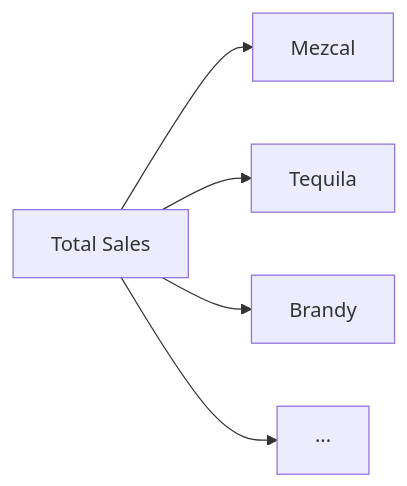
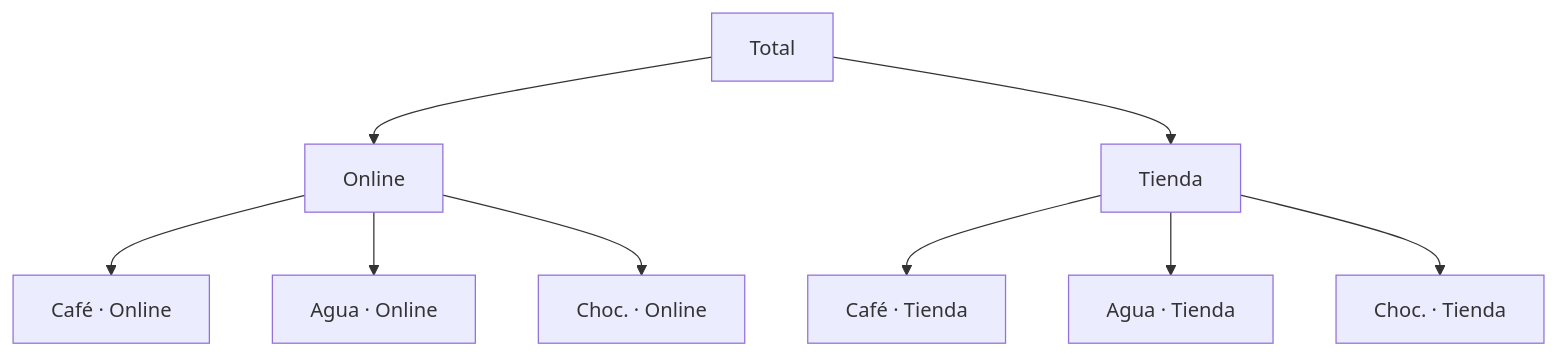
The third of 8 diagrams in docs/modules/module_4/04_hierarchical/hierarchical.qmd (pbenavidesh/narsil), drawn with Mermaid before and after one commit. The commit also changed other lines of this file and 63 other files, not shown here.

Commit message:
Rebuild hierarchical reconciliation section around toy example; add CV, weight-on-total figure, backup matrix slides

````diff
--- a/docs/modules/module_4/04_hierarchical/hierarchical.qmd
+++ b/docs/modules/module_4/04_hierarchical/hierarchical.qmd
@@ -136,13 +252,22 @@
 ```{mermaid}
-graph LR
-    T["Total Sales"]
-    M["Mezcal"]
-    TQ["Tequila"]
-    B["Brandy"]
-    E["···"]
+%%| echo: false
+graph TD
+    T["Total"]
+    ON["Online"]
+    TI["Tienda"]
+    CAO["Café · Online"]
+    AGO["Agua · Online"]
+    CHO["Choc. · Online"]
+    CAT["Café · Tienda"]
+    AGT["Agua · Tienda"]
+    CHT["Choc. · Tienda"]
 
-    T --> M
-    T --> TQ
-    T --> B
-    T --> E
+    T --> ON
+    T --> TI
+    ON --> CAO
+    ON --> AGO
+    ON --> CHO
+    TI --> CAT
+    TI --> AGT
+    TI --> CHT
 ```
````
